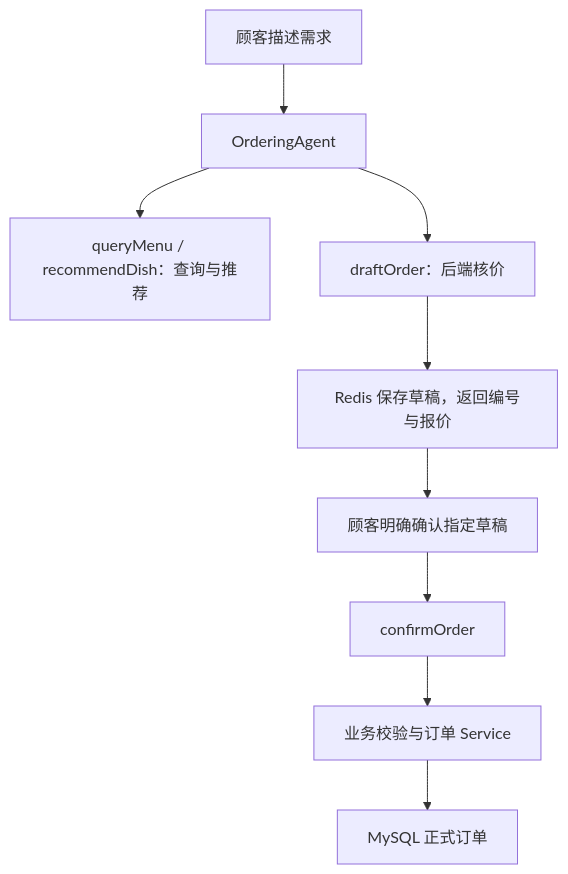
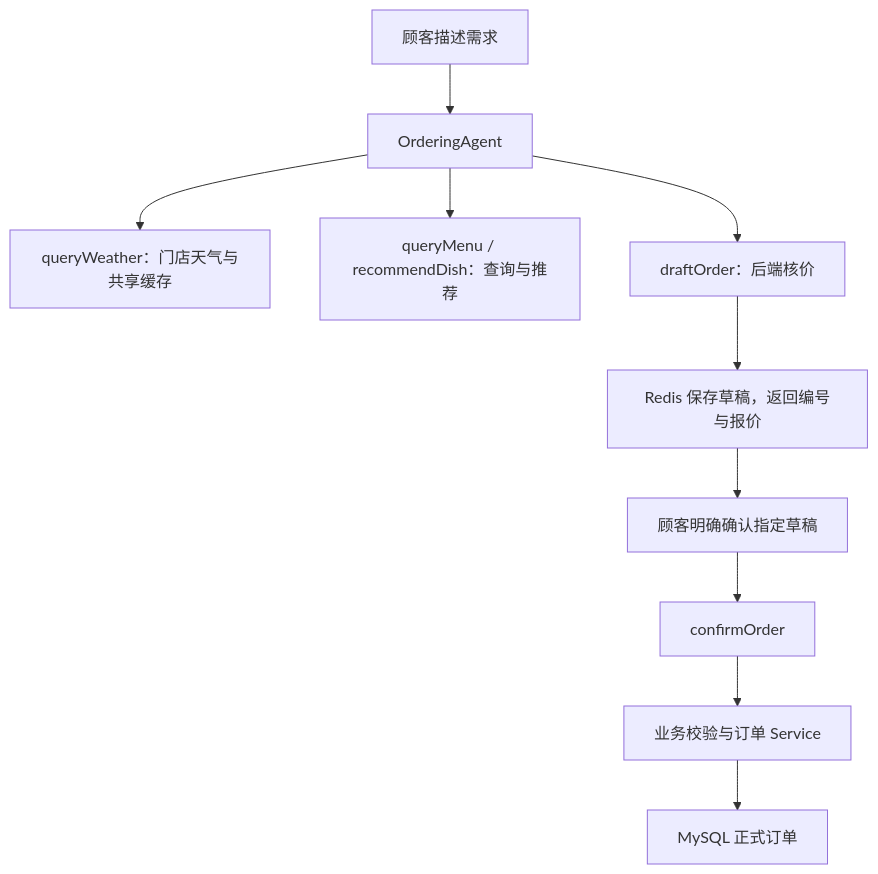
One commit to MissWT-eng/smart-ordering-system changed the diagram in README.md. Above: the diagram before and after it, drawn with Mermaid. The commit also changed other lines of this file and 22 other files, not shown here.

````diff
--- a/README.md
+++ b/README.md
@@ -68,11 +71,12 @@
 ```mermaid
 flowchart TD
     U["顾客描述需求"] --> A["OrderingAgent"]
+    A --> W["queryWeather：门店天气与共享缓存"]
     A --> Q["queryMenu / recommendDish：查询与推荐"]
     A --> D["draftOrder：后端核价"]
     D --> R["Redis 保存草稿，返回编号与报价"]
     R --> C["顾客明确确认指定草稿"]
     C --> F["confirmOrder"]
     F --> S["业务校验与订单 Service"]
     S --> M["MySQL 正式订单"]
 ```
````
